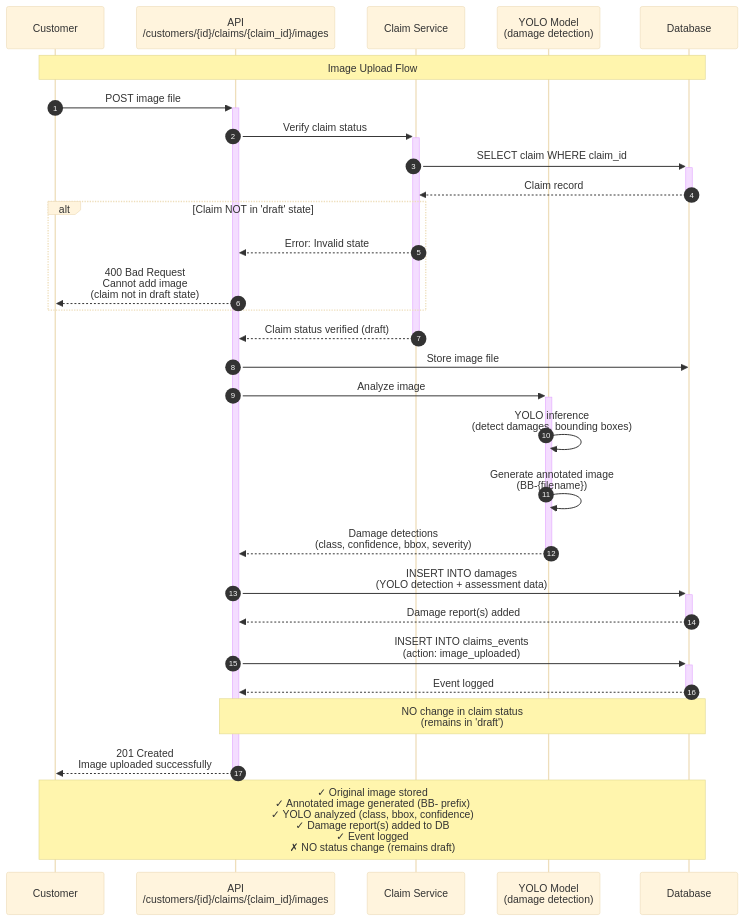
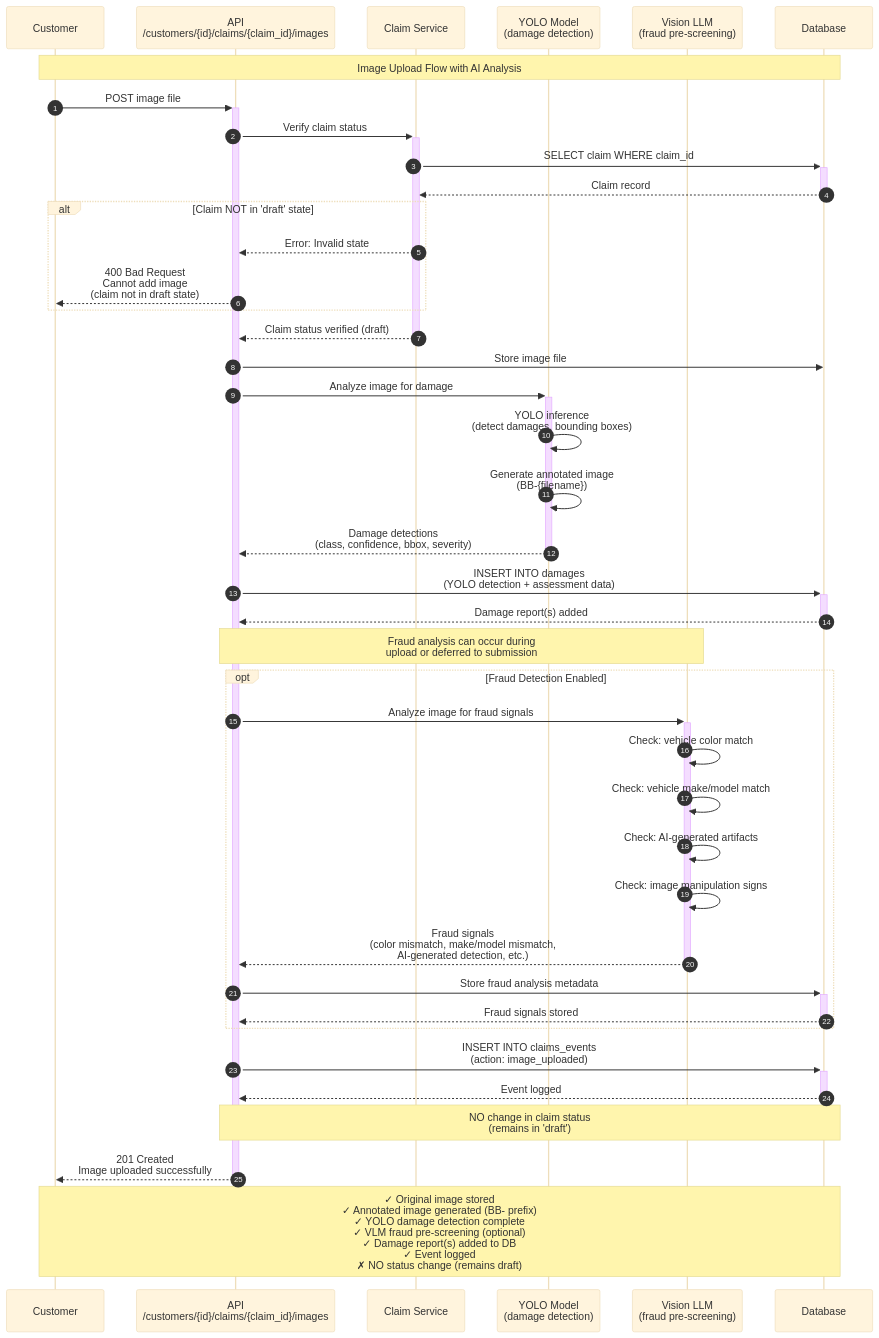
The diagram in specifications/diagrams/claim_image_upload.mmd (acloudfan/Acme-Claim-Management-Solution), drawn with Mermaid (base theme) before and after one commit. The commit also changed 2 other files, not shown here.

Commit message:
tech diagram updates

```diff
--- a/specifications/diagrams/claim_image_upload.mmd
+++ b/specifications/diagrams/claim_image_upload.mmd
@@ -1,52 +1,68 @@
 sequenceDiagram
     autonumber
 
-    %% Image Upload Sequence Diagram
+    %% Image Upload Sequence Diagram with AI Analysis
     %% Color Palette: color-palette-dark.css
 
     participant Customer
     participant API as API<br/>/customers/{id}/claims/{claim_id}/images
     participant Claim as Claim Service
     participant YOLO as YOLO Model<br/>(damage detection)
+    participant VLM as Vision LLM<br/>(fraud pre-screening)
     participant DB as Database
 
-    Note over Customer,DB: Image Upload Flow
+    Note over Customer,DB: Image Upload Flow with AI Analysis
 
     %% Step 1: Customer uploads image
     Customer->>+API: POST image file
 
     %% Step 2: Verify claim is in 'draft' state
     API->>+Claim: Verify claim status
     Claim->>+DB: SELECT claim WHERE claim_id
     DB-->>-Claim: Claim record
 
     alt Claim NOT in 'draft' state
         Claim-->>API: Error: Invalid state
         API-->>Customer: 400 Bad Request<br/>Cannot add image<br/>(claim not in draft state)
     end
 
     Claim-->>-API: Claim status verified (draft)
 
     %% Step 3: Store image
     API->>DB: Store image file
 
-    %% Step 4: Analyze image with YOLO
-    API->>+YOLO: Analyze image
+    %% Step 4: Analyze image with YOLO (Damage Detection)
+    API->>+YOLO: Analyze image for damage
     YOLO->>YOLO: YOLO inference<br/>(detect damages, bounding boxes)
     YOLO->>YOLO: Generate annotated image<br/>(BB-{filename})
     YOLO-->>-API: Damage detections<br/>(class, confidence, bbox, severity)
 
     %% Step 5: Add damage report to claim
     API->>+DB: INSERT INTO damages<br/>(YOLO detection + assessment data)
     DB-->>-API: Damage report(s) added
 
-    %% Step 6: Log event
+    %% Step 6: VLM Fraud Pre-Screening (Optional - during upload or submission)
+    Note over API,VLM: Fraud analysis can occur during<br/>upload or deferred to submission
+
+    opt Fraud Detection Enabled
+        API->>+VLM: Analyze image for fraud signals
+        VLM->>VLM: Check: vehicle color match
+        VLM->>VLM: Check: vehicle make/model match
+        VLM->>VLM: Check: AI-generated artifacts
+        VLM->>VLM: Check: image manipulation signs
+        VLM-->>-API: Fraud signals<br/>(color mismatch, make/model mismatch,<br/>AI-generated detection, etc.)
+
+        API->>+DB: Store fraud analysis metadata
+        DB-->>-API: Fraud signals stored
+    end
+
+    %% Step 7: Log event
     API->>+DB: INSERT INTO claims_events<br/>(action: image_uploaded)
     DB-->>-API: Event logged
 
     Note over API,DB: NO change in claim status<br/>(remains in 'draft')
 
-    %% Step 7: Return success
+    %% Step 8: Return success
     API-->>-Customer: 201 Created<br/>Image uploaded successfully
 
-    Note over Customer,DB: ✓ Original image stored<br/>✓ Annotated image generated (BB- prefix)<br/>✓ YOLO analyzed (class, bbox, confidence)<br/>✓ Damage report(s) added to DB<br/>✓ Event logged<br/>✗ NO status change (remains draft)
+    Note over Customer,DB: ✓ Original image stored<br/>✓ Annotated image generated (BB- prefix)<br/>✓ YOLO damage detection complete<br/>✓ VLM fraud pre-screening (optional)<br/>✓ Damage report(s) added to DB<br/>✓ Event logged<br/>✗ NO status change (remains draft)
```
